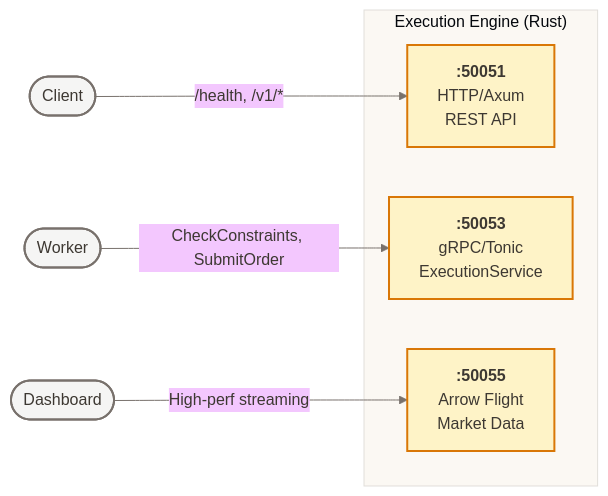
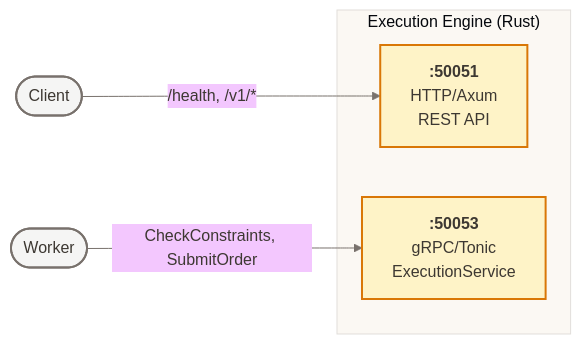
Before and after one commit to ccheney/cream: the fourth of 9 diagrams in ARCHITECTURE.md, drawn with Mermaid. The commit also changed 2 other files, not shown here.

Commit message:
chore: update docs and dependencies
- Update ARCHITECTURE.md and PROJECT.md
- Update Cargo.lock with latest dependency versions

````diff
--- a/ARCHITECTURE.md
+++ b/ARCHITECTURE.md
@@ -159,25 +159,21 @@
 ```mermaid
 %%{init: {'theme': 'base', 'themeVariables': { 'primaryColor': '#FEF3C7', 'primaryTextColor': '#3D3832', 'lineColor': '#78716C', 'tertiaryColor': '#FBF8F3'}}}%%
 flowchart LR
     subgraph Engine["Execution Engine (Rust)"]
         HTTP["`**:50051**
         HTTP/Axum
         REST API`"]
         GRPC["`**:50053**
         gRPC/Tonic
         ExecutionService`"]
-        Flight["`**:50055**
-        Arrow Flight
-        Market Data`"]
     end
 
     Client([Client]) -->|/health, /v1/*| HTTP
     Worker([Worker]) -->|CheckConstraints, SubmitOrder| GRPC
-    Dashboard([Dashboard]) -->|High-perf streaming| Flight
 
     classDef port fill:#FEF3C7,stroke:#D97706,stroke-width:2px,color:#3D3832
     classDef client fill:#F5F5F4,stroke:#78716C,stroke-width:2px,color:#3D3832
 
-    class HTTP,GRPC,Flight port
-    class Client,Worker,Dashboard client
+    class HTTP,GRPC port
+    class Client,Worker client
 ```
````
